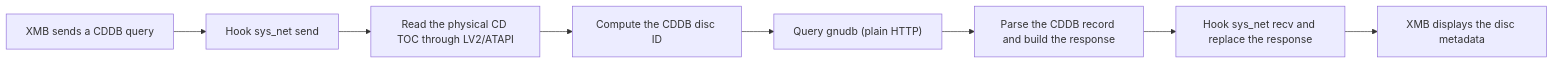
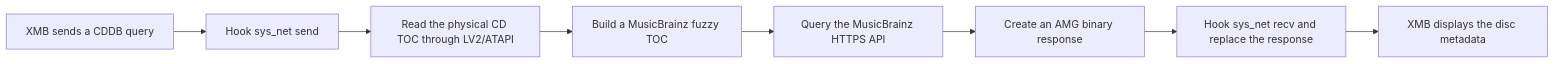
Before and after one commit to A1lEyesOnMe/PS3CDinfoPulgins: the second of 2 diagrams in README.md, drawn with Mermaid. The commit also changed other lines of this file and 26 other files, not shown here.

First line of the commit message:
refactor: adopt MusicBrainz/AMG and clean repository

````diff
--- a/README.md
+++ b/README.md
@@ -225,10 +287,10 @@
 ```mermaid
 flowchart LR
     A["XMB sends a CDDB query"] --> B["Hook sys_net send"]
     B --> C["Read the physical CD TOC through LV2/ATAPI"]
-    C --> D["Compute the CDDB disc ID"]
-    D --> E["Query gnudb (plain HTTP)"]
-    E --> F["Parse the CDDB record and build the response"]
+    C --> D["Build a MusicBrainz fuzzy TOC"]
+    D --> E["Query the MusicBrainz HTTPS API"]
+    E --> F["Create an AMG binary response"]
     F --> G["Hook sys_net recv and replace the response"]
     G --> H["XMB displays the disc metadata"]
 ```
````
